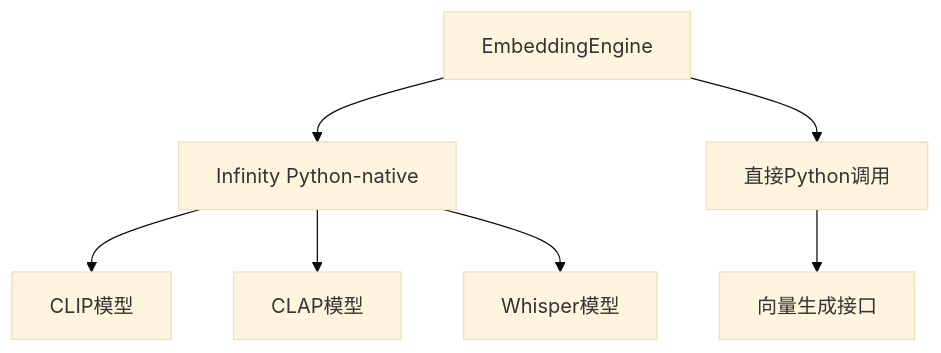
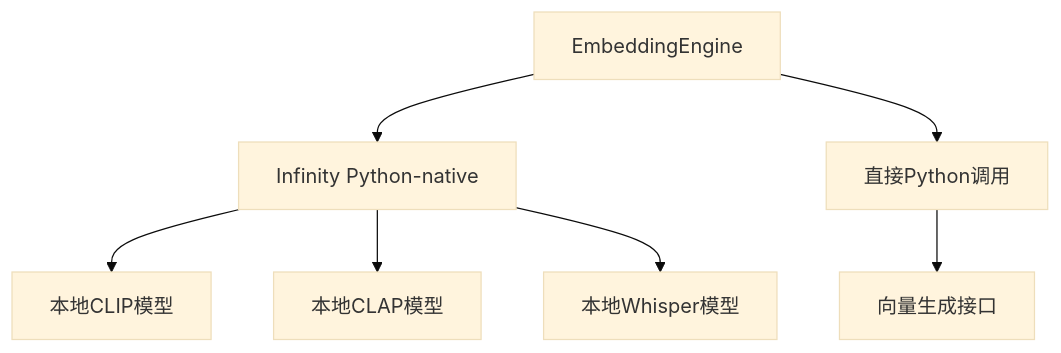
Before and after one commit to cr4342/msearch: diagram 22 of 25 in docs/design.md, drawn with Mermaid (base theme). The commit also changed other lines of this file, not shown here.

````diff
--- a/docs/design.md
+++ b/docs/design.md
@@ -3990,9 +4012,9 @@
 ```mermaid
 graph TB
     A[EmbeddingEngine] --> B[Infinity Python-native]
-    B --> C[CLIP模型]
-    B --> D[CLAP模型] 
-    B --> E[Whisper模型]
+    B --> C[本地CLIP模型]
+    B --> D[本地CLAP模型] 
+    B --> E[本地Whisper模型]
     A --> F[直接Python调用]
     F --> G[向量生成接口]
 ```
````
